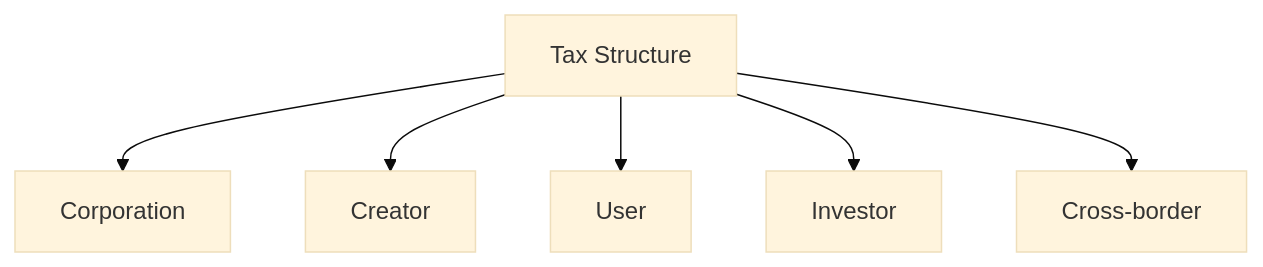
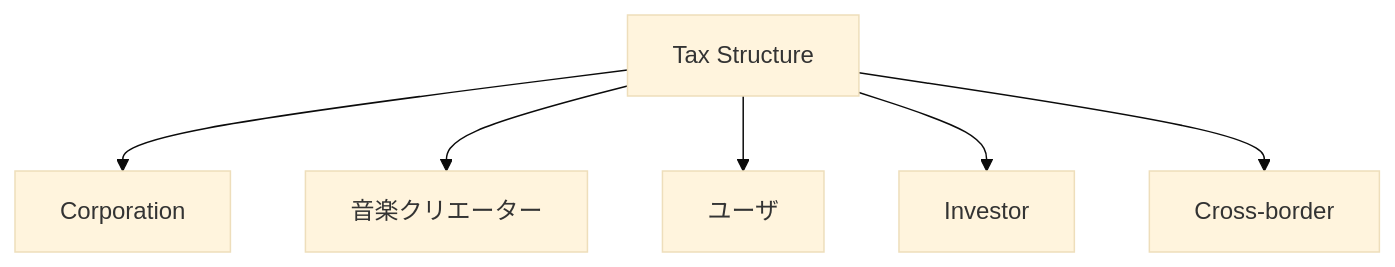
Diagram 21 of 45 in docs/whitepaper/11-legal-sto-tax.md (ShigeichiroYamasaki/creator-first-platform), drawn with Mermaid (base theme) before and after one commit. The commit also changed other lines of this file and 67 other files, not shown here.

````diff
--- a/docs/whitepaper/11-legal-sto-tax.md
+++ b/docs/whitepaper/11-legal-sto-tax.md
@@ -620,10 +620,10 @@
 ```mermaid
 flowchart TD
     TAX[Tax Structure]
 
     TAX --> CORP[Corporation]
-    TAX --> CREATOR[Creator]
-    TAX --> USER[User]
+    TAX --> CREATOR[音楽クリエーター]
+    TAX --> USER[ユーザ]
     TAX --> INVESTOR[Investor]
     TAX --> CROSS[Cross-border]
 ```
````
